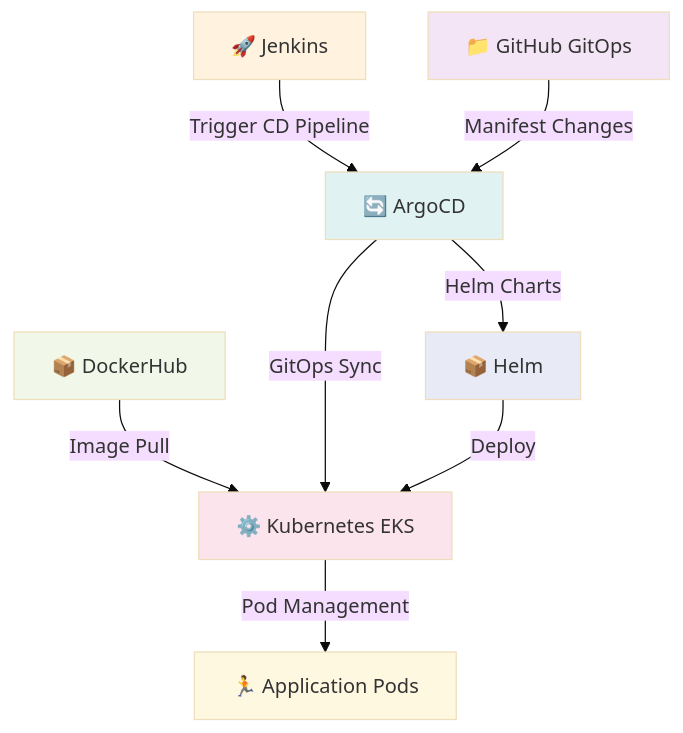
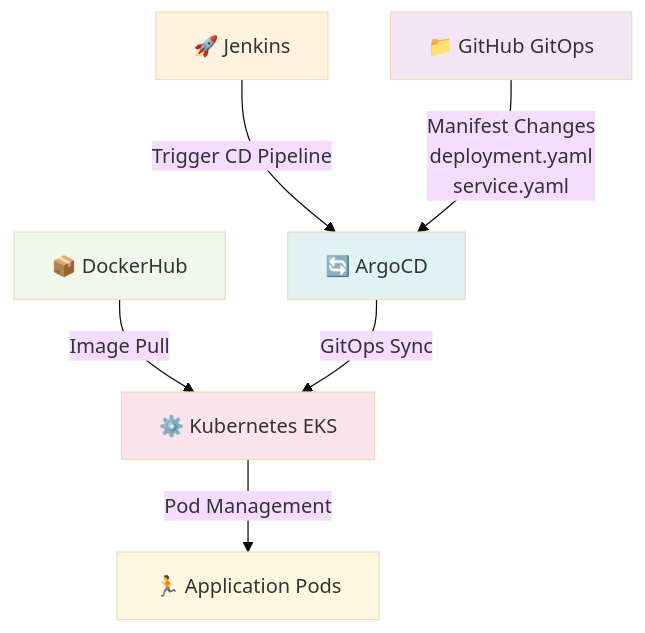
Before and after one commit to onurglr/aws-pipeline: the fifth of 7 diagrams in README.md, drawn with Mermaid (base theme). The commit also changed other lines of this file, not shown here.

````diff
--- a/README.md
+++ b/README.md
@@ -214,19 +213,15 @@
 ```mermaid
 graph TB
     JM[🚀 Jenkins] -->|Trigger CD Pipeline| A[🔄 ArgoCD]
     DH[📦 DockerHub] -->|Image Pull| K8S[⚙️ Kubernetes EKS]
     A -->|GitOps Sync| K8S
-    A -->|Helm Charts| H[📦 Helm]
-    H -->|Deploy| K8S
+    GH[📁 GitHub GitOps] -->|Manifest Changes<br/>deployment.yaml<br/>service.yaml| A
     K8S -->|Pod Management| APP[🏃 Application Pods]
-    
-    GH[📁 GitHub GitOps] -->|Manifest Changes| A
     
     style JM fill:#fff3e0
     style K8S fill:#fce4ec
     style DH fill:#f1f8e9
     style A fill:#e0f2f1
-    style H fill:#e8eaf6
     style APP fill:#fff8e1
     style GH fill:#f3e5f5
 ```
````
